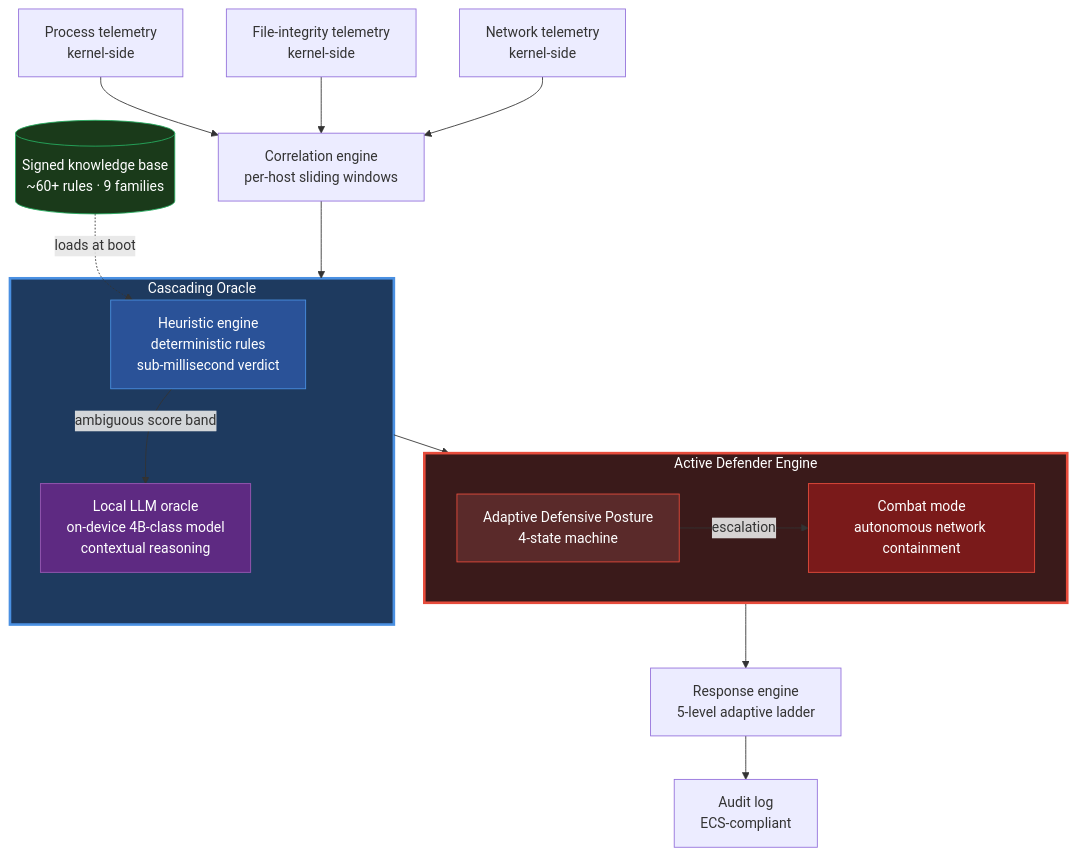
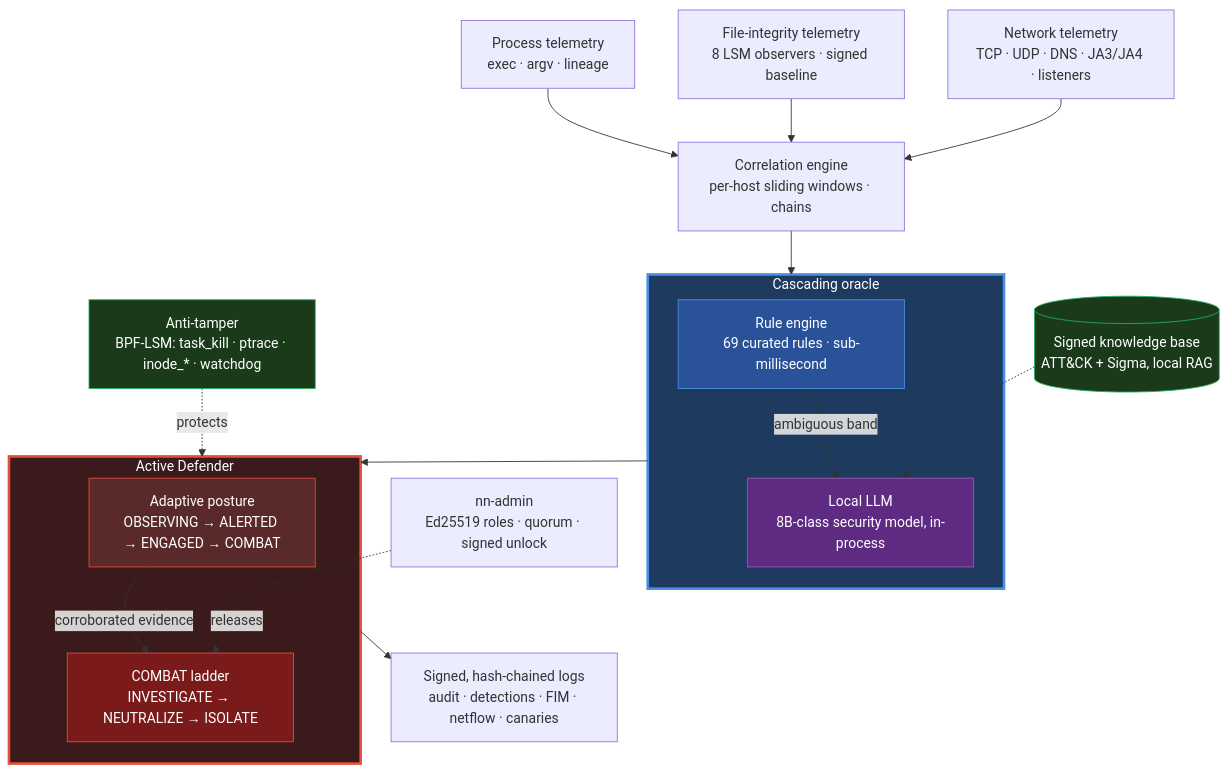
The diagram in README.md (northnarrow/northnarrow-new), drawn with Mermaid before and after one commit. The commit also changed other lines of this file and 2 other files, not shown here.

````diff
--- a/README.md
+++ b/README.md
@@ -63,40 +55,43 @@
 ```mermaid
 flowchart TD
-    PM[Process telemetry<br/>kernel-side]
-    FIM[File-integrity telemetry<br/>kernel-side]
-    NET[Network telemetry<br/>kernel-side]
-    CE[Correlation engine<br/>per-host sliding windows]
+    PM[Process telemetry<br/>exec · argv · lineage]
+    FIM[File-integrity telemetry<br/>8 LSM observers · signed baseline]
+    NET[Network telemetry<br/>TCP · UDP · DNS · JA3/JA4 · listeners]
+    CE[Correlation engine<br/>per-host sliding windows · chains]
 
-    subgraph CO["Cascading Oracle"]
-        HO[Heuristic engine<br/>deterministic rules<br/>sub-millisecond verdict]
-        LO[Local LLM oracle<br/>on-device 4B-class model<br/>contextual reasoning]
-        HO -->|ambiguous score band| LO
+    subgraph CO["Cascading oracle"]
+        HO[Rule engine<br/>69 curated rules · sub-millisecond]
+        LO[Local LLM<br/>8B-class security model, in-process]
+        HO -->|ambiguous band| LO
     end
 
-    subgraph ADE["Active Defender Engine"]
-        STATE[Adaptive Defensive Posture<br/>4-state machine]
-        COMBAT[Combat mode<br/>autonomous network containment]
-        STATE -->|escalation| COMBAT
+    subgraph ADE["Active Defender"]
+        STATE[Adaptive posture<br/>OBSERVING → ALERTED → ENGAGED → COMBAT]
+        LADDER[COMBAT ladder<br/>INVESTIGATE → NEUTRALIZE → ISOLATE]
+        STATE -->|corroborated evidence| LADDER
     end
 
-    KB[(Signed knowledge base<br/>~60+ rules · 9 families)]
-    RE[Response engine<br/>5-level adaptive ladder]
-    AL[Audit log<br/>ECS-compliant]
+    AT[Anti-tamper<br/>BPF-LSM: task_kill · ptrace · inode_* · watchdog]
+    KB[(Signed knowledge base<br/>ATT&CK + Sigma, local RAG)]
+    AUD[Signed, hash-chained logs<br/>audit · detections · FIM · netflow · canaries]
+    ADM[nn-admin<br/>Ed25519 roles · quorum · signed unlock]
 
     PM --> CE
     FIM --> CE
     NET --> CE
     CE --> CO
-    KB -.->|loads at boot| HO
+    KB -.-> LO
     CO --> ADE
-    ADE --> RE
-    RE --> AL
+    ADE --> AUD
+    AT -.protects.-> ADE
+    ADM -.releases.-> LADDER
 
     style CO fill:#1e3a5f,stroke:#4a90e2,stroke-width:3px,color:#fff
     style HO fill:#2a5298,stroke:#4a90e2,color:#fff
     style LO fill:#5e2a82,stroke:#9b59b6,color:#fff
     style ADE fill:#3a1a1a,stroke:#e74c3c,stroke-width:3px,color:#fff
     style STATE fill:#5a2a2a,stroke:#e74c3c,color:#fff
-    style COMBAT fill:#7a1a1a,stroke:#e74c3c,color:#fff
+    style LADDER fill:#7a1a1a,stroke:#e74c3c,color:#fff
+    style AT fill:#1a3a1a,stroke:#27ae60,color:#fff
     style KB fill:#1a3a1a,stroke:#27ae60,color:#fff
 ```
````
